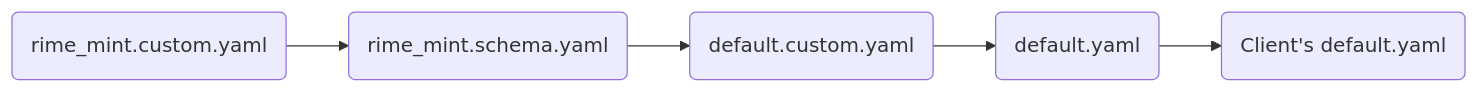
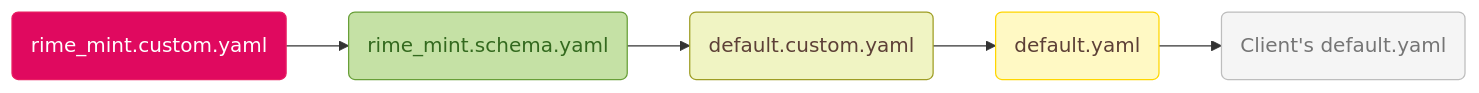
One commit to Mintimate/DocVitePressOMR changed the second of 2 diagrams in en/guide/configurationOverride.md. Above: the diagram before and after it, drawn with Mermaid. The commit also changed other lines of this file and 1 other file, not shown here.

Commit message:
feat: 为配置覆写指南添加Mermaid流程图说明配置类型及优先级

````diff
--- a/en/guide/configurationOverride.md
+++ b/en/guide/configurationOverride.md
@@ -100,7 +143,13 @@
 ```mermaid
 graph LR
-    A(rime_mint.custom.yaml) --> B(rime_mint.schema.yaml)
-    B --> C(default.custom.yaml)
-    C --> D(default.yaml)
-    D --> E(Client's default.yaml)
+    A(rime_mint.custom.yaml):::custom --> B(rime_mint.schema.yaml):::schema
+    B --> C(default.custom.yaml):::defaultCustom
+    C --> D(default.yaml):::default
+    D --> E(Client's default.yaml):::client
+
+    classDef custom fill:#E0095F,stroke:#e91e63,color:#ffffff;
+    classDef schema fill:#c5e1a5,stroke:#689f38,color:#33691e;
+    classDef defaultCustom fill:#f0f4c3,stroke:#9e9d24,color:#5d4037;
+    classDef default fill:#fff9c4,stroke:#ffd600,color:#5d4037;
+    classDef client fill:#f5f5f5,stroke:#bdbdbd,color:#757575;
 ```
````
